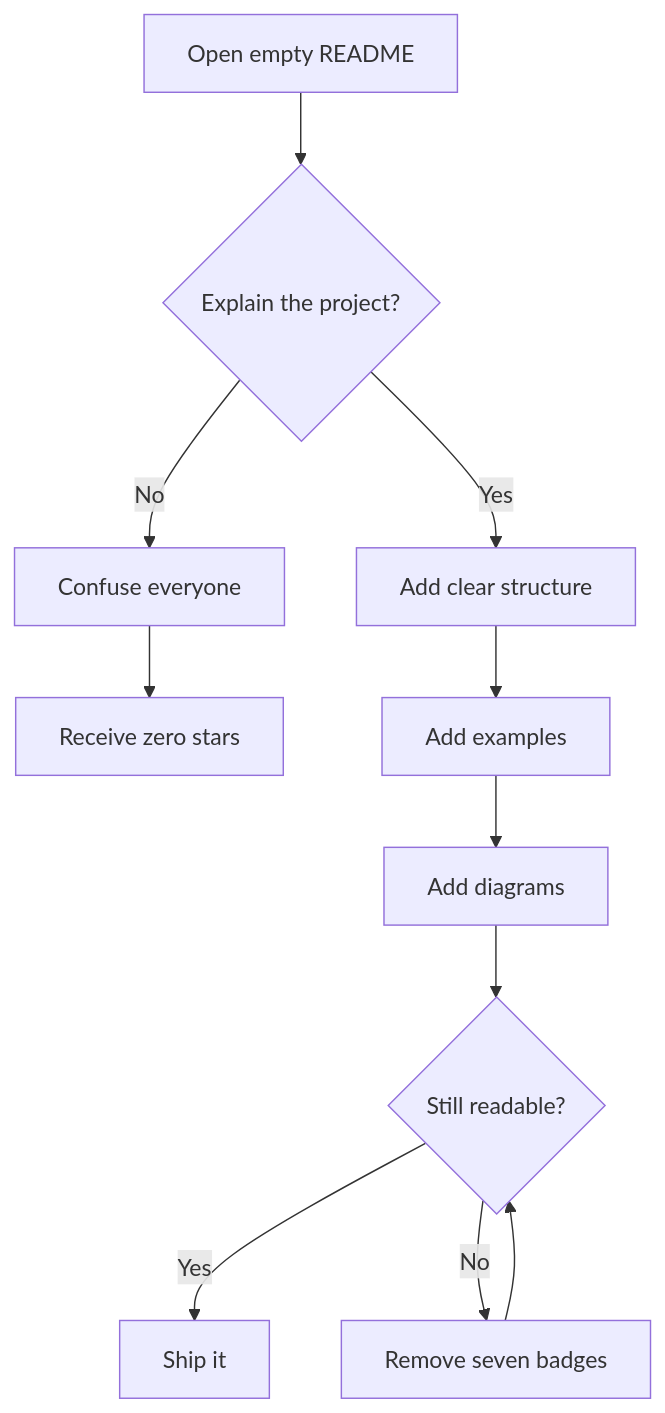
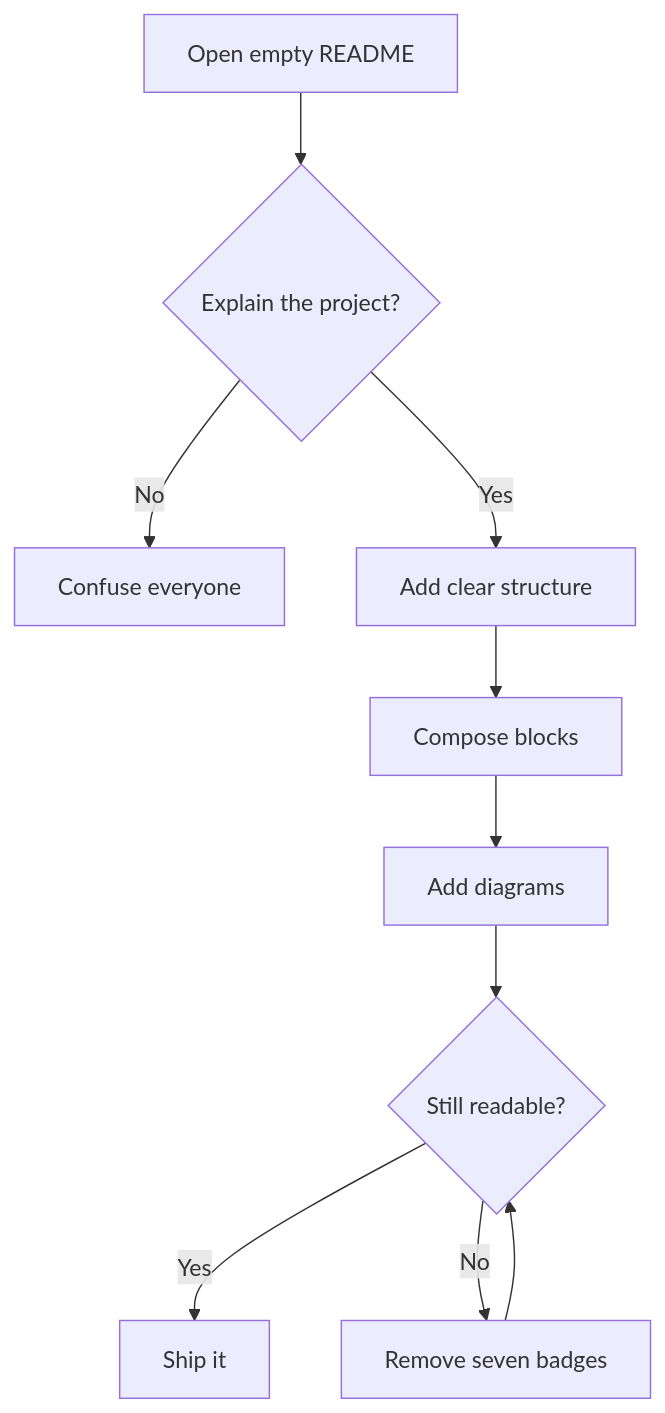
Before and after one commit to thiepn/markdown: the second of 4 diagrams in README.md, drawn with Mermaid. The commit also changed other lines of this file, not shown here.

````diff
--- a/README.md
+++ b/README.md
@@ -699,13 +838,12 @@
 ```mermaid
 flowchart TD
     A[Open empty README] --> B{Explain the project?}
     B -- No --> C[Confuse everyone]
-    C --> D[Receive zero stars]
     B -- Yes --> E[Add clear structure]
-    E --> F[Add examples]
+    E --> F[Compose blocks]
     F --> G[Add diagrams]
     G --> H{Still readable?}
     H -- Yes --> I[Ship it]
     H -- No --> J[Remove seven badges]
     J --> H
 ```
````
